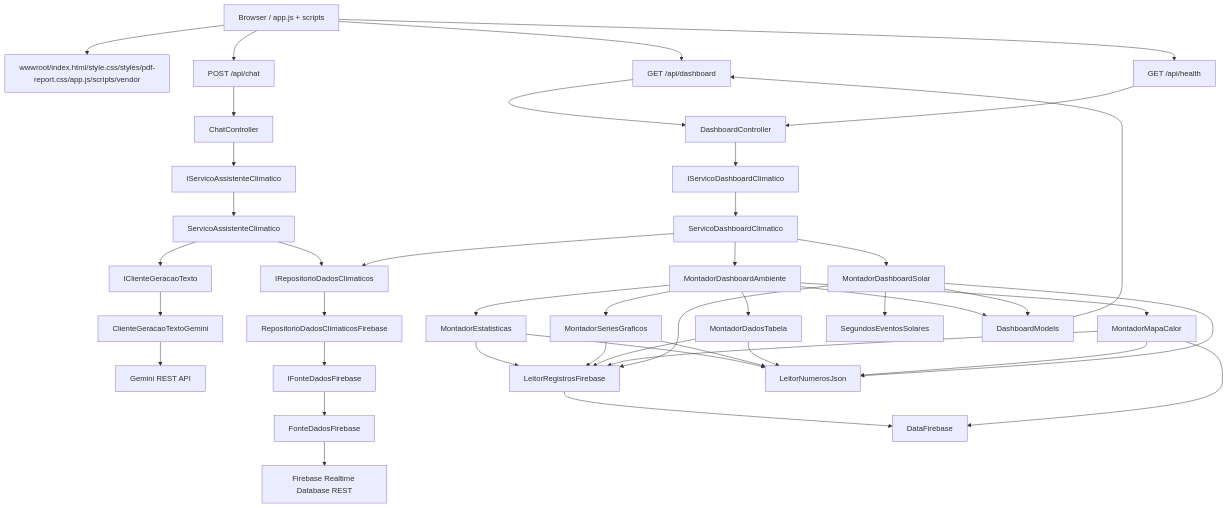
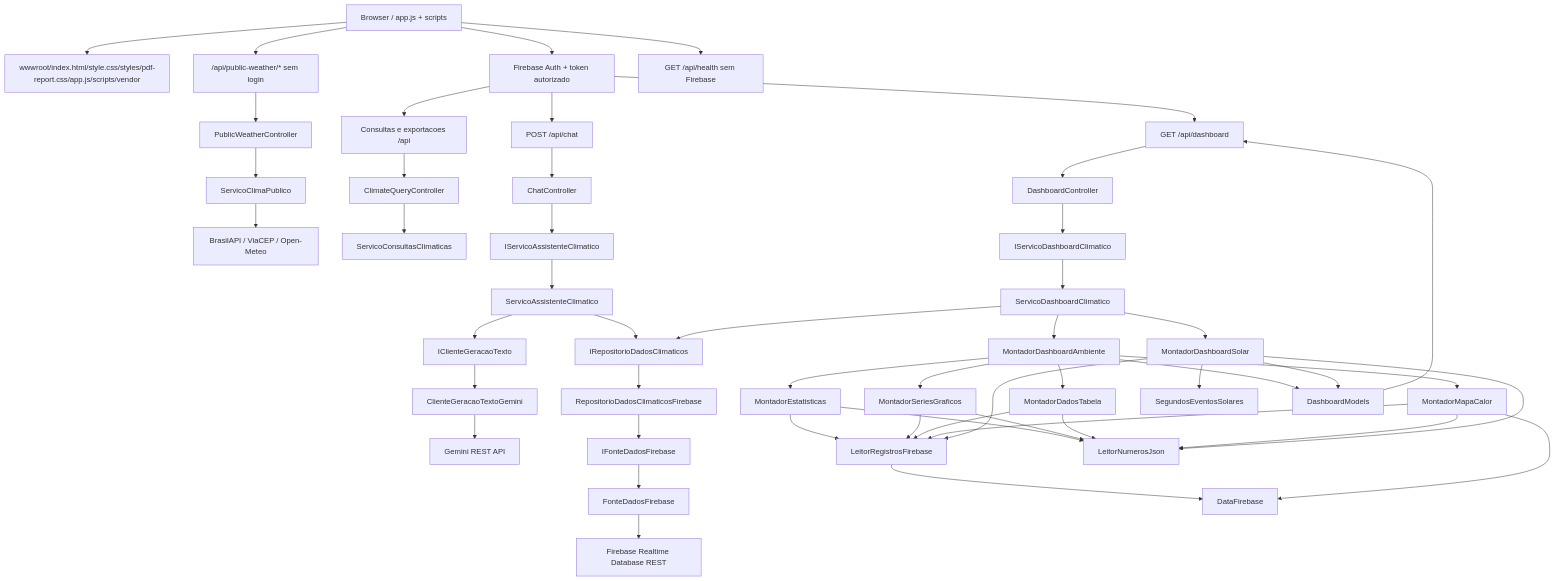
One commit to anvmano/estacao-climatica-csharp changed the first of 4 diagrams in docs/DEPENDENCY_MAP.md. Above: the diagram before and after it, drawn with Mermaid. The commit also changed other lines of this file and 8 other files, not shown here.

````diff
--- a/docs/DEPENDENCY_MAP.md
+++ b/docs/DEPENDENCY_MAP.md
@@ -5,54 +5,62 @@
 ```mermaid
 graph TD
     Browser["Browser / app.js + scripts"] --> Static["wwwroot/index.html/style.css/styles/pdf-report.css/app.js/scripts/vendor"]
-    Browser --> Api["GET /api/dashboard"]
-    Browser --> ChatApi["POST /api/chat"]
-    Browser --> Health["GET /api/health"]
+    Browser --> Publico["/api/public-weather/* sem login"]
+    Browser --> Auth["Firebase Auth + token autorizado"]
+    Auth --> Api["GET /api/dashboard"]
+    Auth --> ChatApi["POST /api/chat"]
+    Browser --> Health["GET /api/health sem Firebase"]
+
+    Publico --> PublicWeatherController["PublicWeatherController"]
+    PublicWeatherController --> PublicWeatherService["ServicoClimaPublico"]
+    PublicWeatherService --> ExternalApis["BrasilAPI / ViaCEP / Open-Meteo"]
+    Auth --> QueryApi["Consultas e exportacoes /api"]
+    QueryApi --> QueryController["ClimateQueryController"]
+    QueryController --> QueryService["ServicoConsultasClimaticas"]
 
     Api --> Controller["DashboardController"]
-    Health --> Controller
     Controller --> IService["IServicoDashboardClimatico"]
     IService --> Service["ServicoDashboardClimatico"]
 
     ChatApi --> ChatController["ChatController"]
     ChatController --> IChatService["IServicoAssistenteClimatico"]
     IChatService --> ChatService["ServicoAssistenteClimatico"]
     ChatService --> IRepository
     ChatService --> ITextGeneration["IClienteGeracaoTexto"]
     ITextGeneration --> Gemini["ClienteGeracaoTextoGemini"]
     Gemini --> GeminiApi["Gemini REST API"]
 
     Service --> IRepository["IRepositorioDadosClimaticos"]
     IRepository --> Repository["RepositorioDadosClimaticosFirebase"]
     Repository --> IFirebase["IFonteDadosFirebase"]
     IFirebase --> FonteDadosFirebase["FonteDadosFirebase"]
     FonteDadosFirebase --> Firebase["Firebase Realtime Database REST"]
 
     Service --> EnvironmentBuilder["MontadorDashboardAmbiente"]
     Service --> SolarBuilder["MontadorDashboardSolar"]
 
     EnvironmentBuilder --> MontadorEstatisticas["MontadorEstatisticas"]
     EnvironmentBuilder --> ChartBuilder["MontadorSeriesGraficos"]
     EnvironmentBuilder --> TableBuilder["MontadorDadosTabela"]
     EnvironmentBuilder --> MontadorMapaCalor["MontadorMapaCalor"]
 
     MontadorEstatisticas --> RecordReader["LeitorRegistrosFirebase"]
     ChartBuilder --> RecordReader
     TableBuilder --> RecordReader
     MontadorMapaCalor --> RecordReader
     SolarBuilder --> RecordReader
 
     MontadorEstatisticas --> NumberReader["LeitorNumerosJson"]
     ChartBuilder --> NumberReader
     TableBuilder --> NumberReader
     MontadorMapaCalor --> NumberReader
     SolarBuilder --> NumberReader
 
     RecordReader --> DataFirebase["DataFirebase"]
     MontadorMapaCalor --> DataFirebase
     SolarBuilder --> SolarModels["SegundosEventosSolares"]
 
     EnvironmentBuilder --> Domain["DashboardModels"]
     SolarBuilder --> Domain
     Domain --> Api
 ```
````
